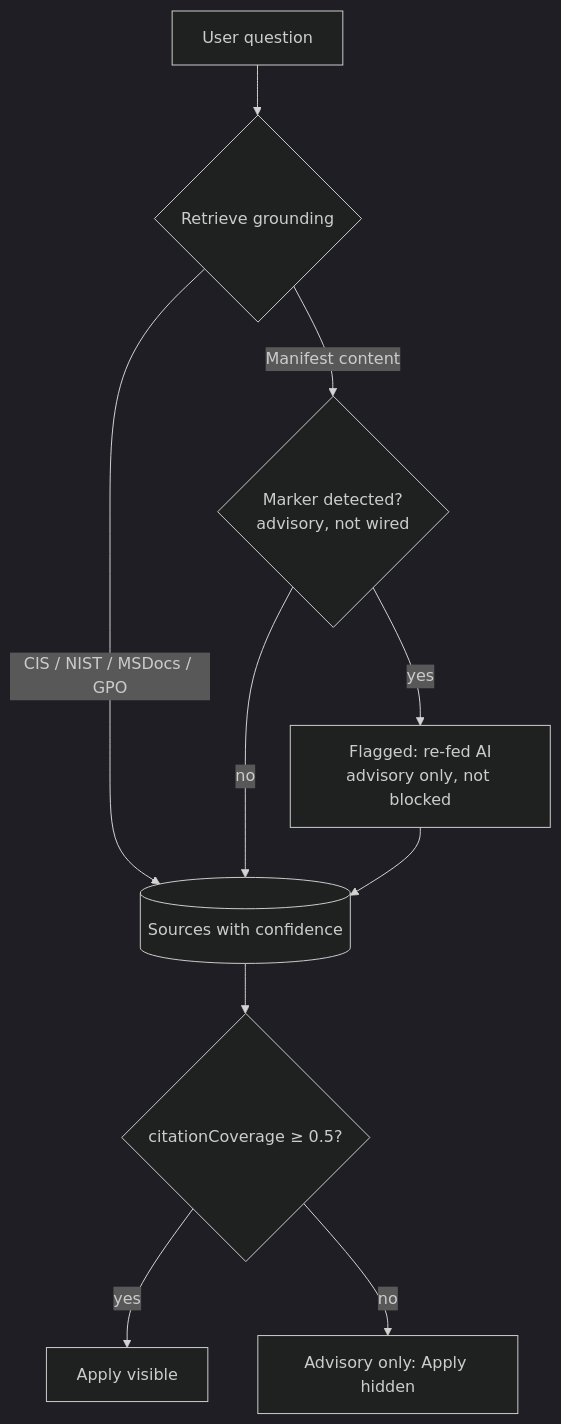
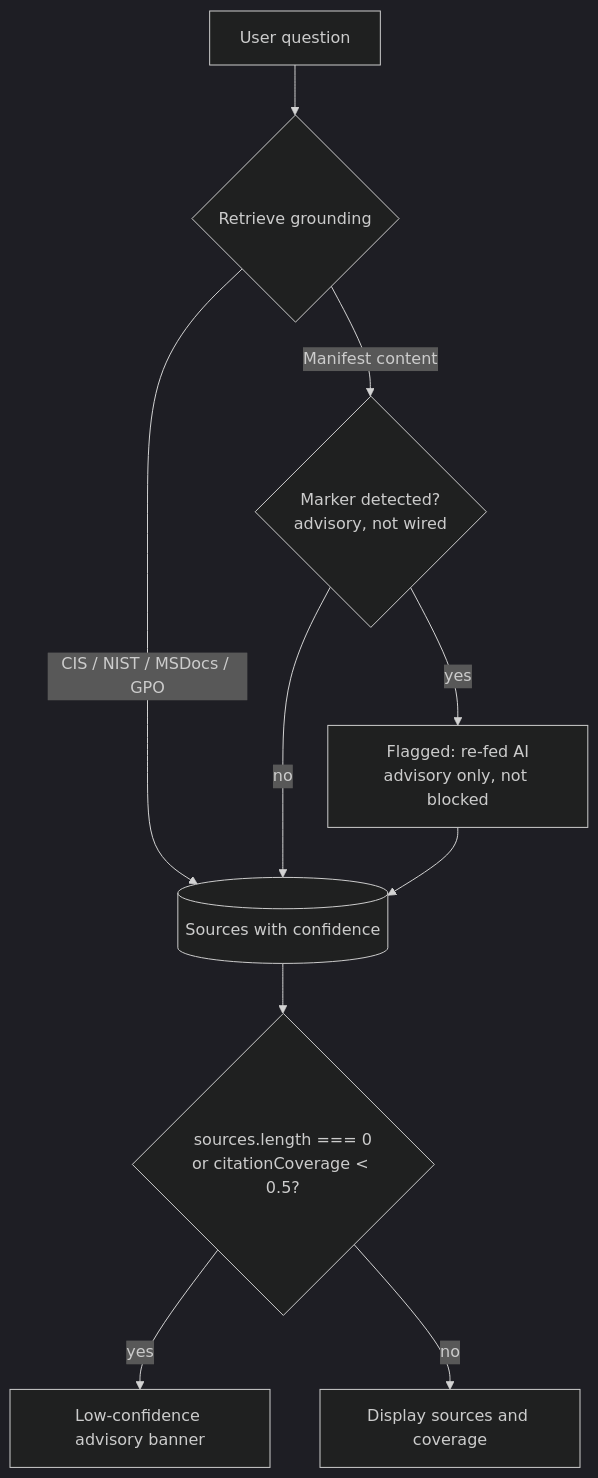
The third of 4 diagrams in docs/src/architecture/diagrams.md (Azure/ConfigForge), drawn with Mermaid (dark theme) before and after one commit. The commit also changed other lines of this file and 35 other files, not shown here.

First line of the commit message:
docs: correct architecture drift across GitHub docs (#97)

````diff
--- a/docs/src/architecture/diagrams.md
+++ b/docs/src/architecture/diagrams.md
@@ -75,12 +76,12 @@
 ```mermaid
 flowchart TD
   Q[User question] --> Retrieval{Retrieve grounding}
   Retrieval -->|CIS / NIST / MSDocs / GPO| Sources[(Sources with confidence)]
   Retrieval -->|Manifest content| Guard{Marker detected?<br/>advisory, not wired}
   Guard -->|yes| Flag[Flagged: re-fed AI<br/>advisory only, not blocked]
   Guard -->|no| Sources
   Flag --> Sources
-  Sources --> Coverage{citationCoverage ≥ 0.5?}
-  Coverage -->|yes| ShowApply[Apply visible]
-  Coverage -->|no| Advisory[Advisory only: Apply hidden]
+  Sources --> Coverage{sources.length === 0<br/>or citationCoverage < 0.5?}
+  Coverage -->|yes| Advisory[Low-confidence advisory banner]
+  Coverage -->|no| Display[Display sources and coverage]
 ```
````
